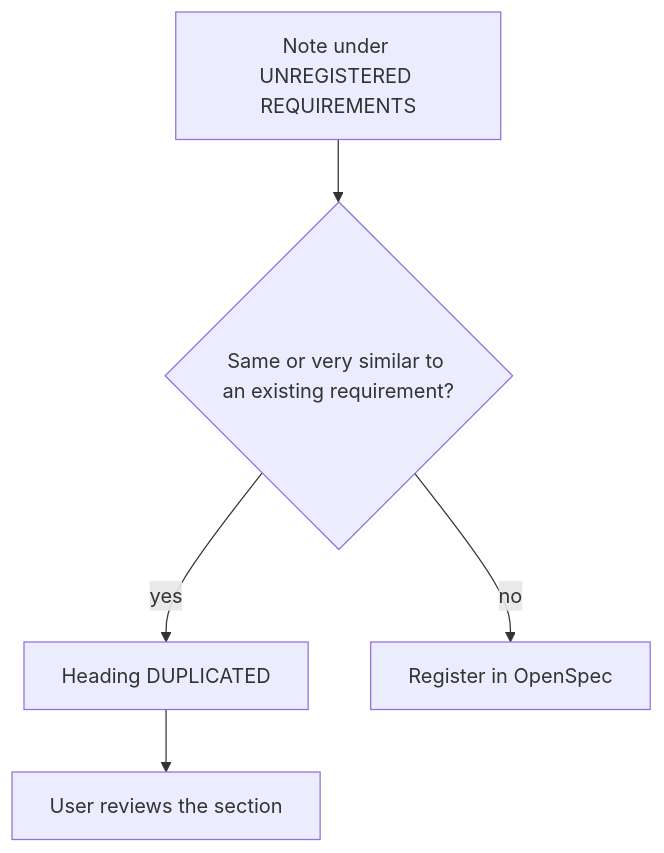
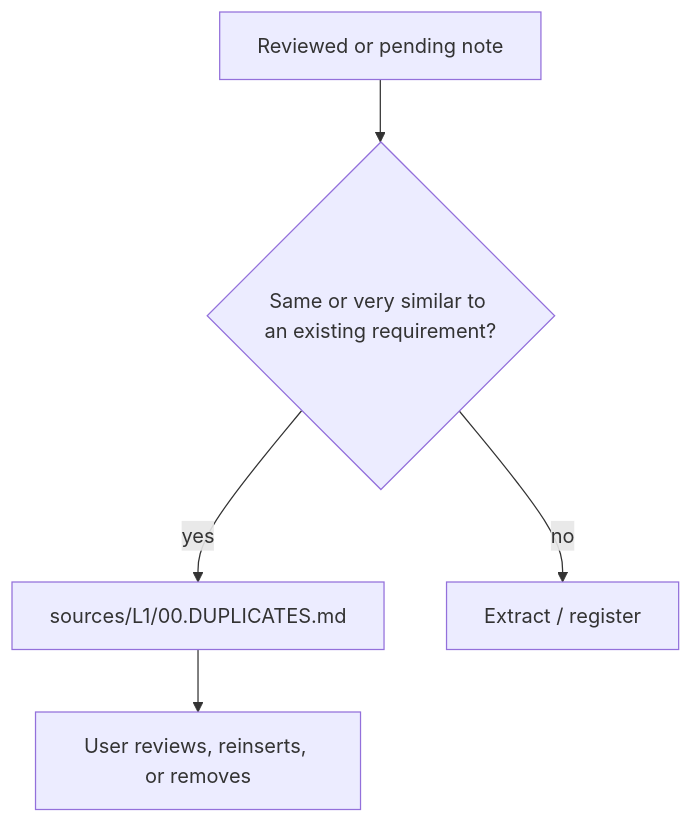
Before and after one commit to AdamAntinoo/neocom-meta: the fifth of 7 diagrams in PROGRAMME.md, drawn with Mermaid. The commit also changed other lines of this file and 103 other files, not shown here.

First line of the commit message:
feat(meta): register EPIC-009 OpenSpec changes and refresh apply status

````diff
--- a/PROGRAMME.md
+++ b/PROGRAMME.md
@@ -217,7 +217,7 @@
 ```mermaid
 flowchart TD
-  note[Note under UNREGISTERED REQUIREMENTS] --> compare{Same or very similar to an existing requirement?}
-  compare -->|yes| dup["Heading DUPLICATED"]
-  compare -->|no| openspec[Register in OpenSpec]
-  dup --> review[User reviews the section]
+  note[Reviewed or pending note] --> compare{Same or very similar to an existing requirement?}
+  compare -->|yes| dup["sources/L1/00.DUPLICATES.md"]
+  compare -->|no| openspec[Extract / register]
+  dup --> review[User reviews, reinserts, or removes]
 ```
````
